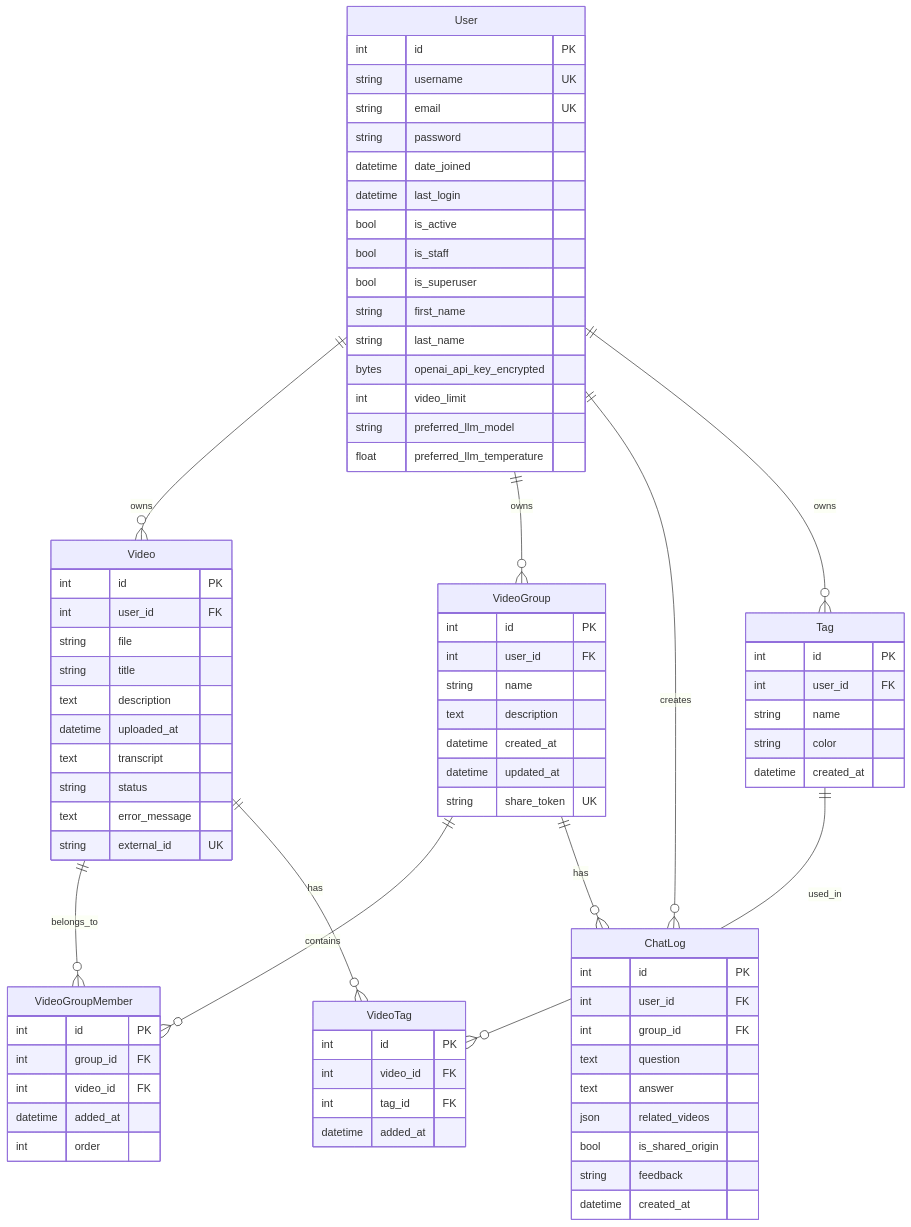
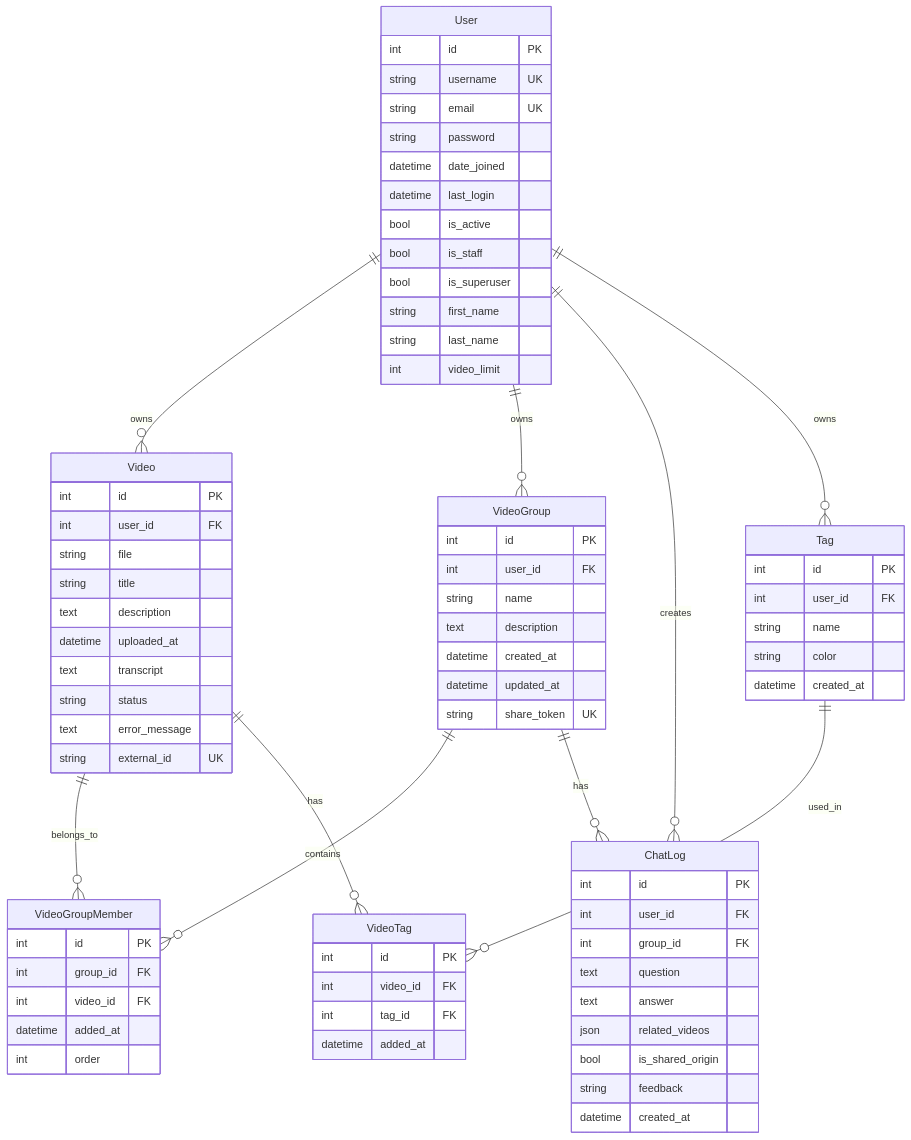
The diagram in docs/database/er-diagram.md (yukiharada1228/videoq), drawn with Mermaid before and after one commit. The commit also changed other lines of this file and 6 other files, not shown here.

```diff
--- a/docs/database/er-diagram.md
+++ b/docs/database/er-diagram.md
@@ -30,10 +30,7 @@
         bool is_superuser
         string first_name
         string last_name
-        bytes openai_api_key_encrypted
         int video_limit
-        string preferred_llm_model
-        float preferred_llm_temperature
     }
     
     Video {
```
